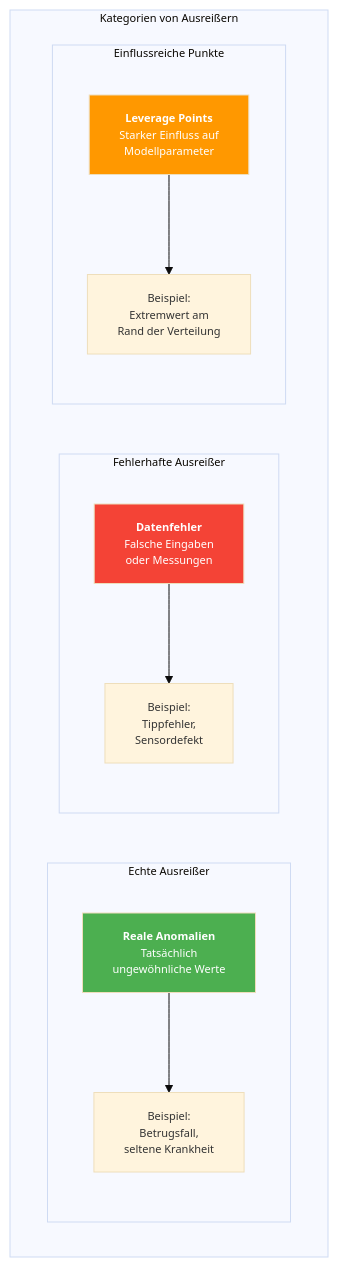
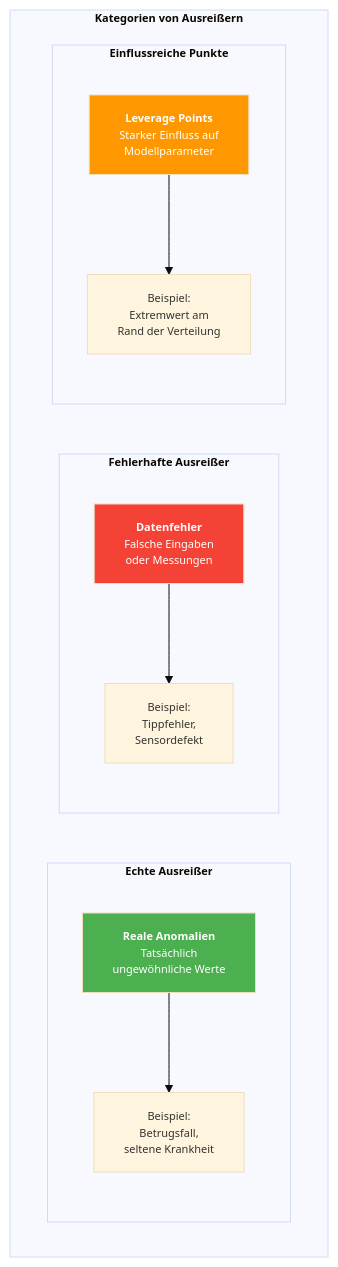
The first of 10 diagrams in docs/concepts/prepare/outlier.md (ralf-42/ML_Intro), drawn with Mermaid before and after one commit. The commit also changed other lines of this file and 4 other files, not shown here.

````diff
--- a/docs/concepts/prepare/outlier.md
+++ b/docs/concepts/prepare/outlier.md
@@ -25,33 +25,33 @@
 ```mermaid
 %%{init: {'theme': 'base', 'themeVariables': {'fontSize': '11px'}}}%%
 flowchart TB
-    subgraph kategorien["Kategorien von Ausreißern"]
+    subgraph kategorien["<b>Kategorien von Ausreißern"]
         direction LR
 
-        subgraph echt["Echte Ausreißer"]
+        subgraph echt["<b>Echte Ausreißer"]
             direction TB
             real["<b>Reale Anomalien</b><br/>Tatsächlich<br/>ungewöhnliche Werte"]
             real_ex["Beispiel:<br/>Betrugsfall,<br/>seltene Krankheit"]
         end
 
-        subgraph fehler["Fehlerhafte Ausreißer"]
+        subgraph fehler["<b>Fehlerhafte Ausreißer"]
             direction TB
             error["<b>Datenfehler</b><br/>Falsche Eingaben<br/>oder Messungen"]
             error_ex["Beispiel:<br/>Tippfehler,<br/>Sensordefekt"]
         end
 
-        subgraph einfluss["Einflussreiche Punkte"]
+        subgraph einfluss["<b>Einflussreiche Punkte"]
             direction TB
             influence["<b>Leverage Points</b><br/>Starker Einfluss auf<br/>Modellparameter"]
             influence_ex["Beispiel:<br/>Extremwert am<br/>Rand der Verteilung"]
         end
     end
 
     real --> real_ex
     error --> error_ex
     influence --> influence_ex
 
     style real fill:#4CAF50,color:#fff
     style error fill:#f44336,color:#fff
     style influence fill:#FF9800,color:#fff
 ```
````
